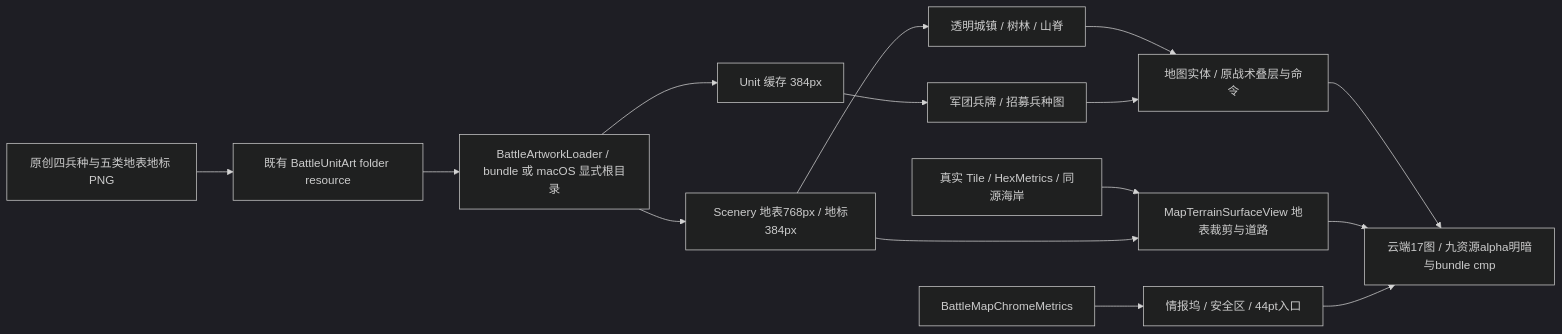
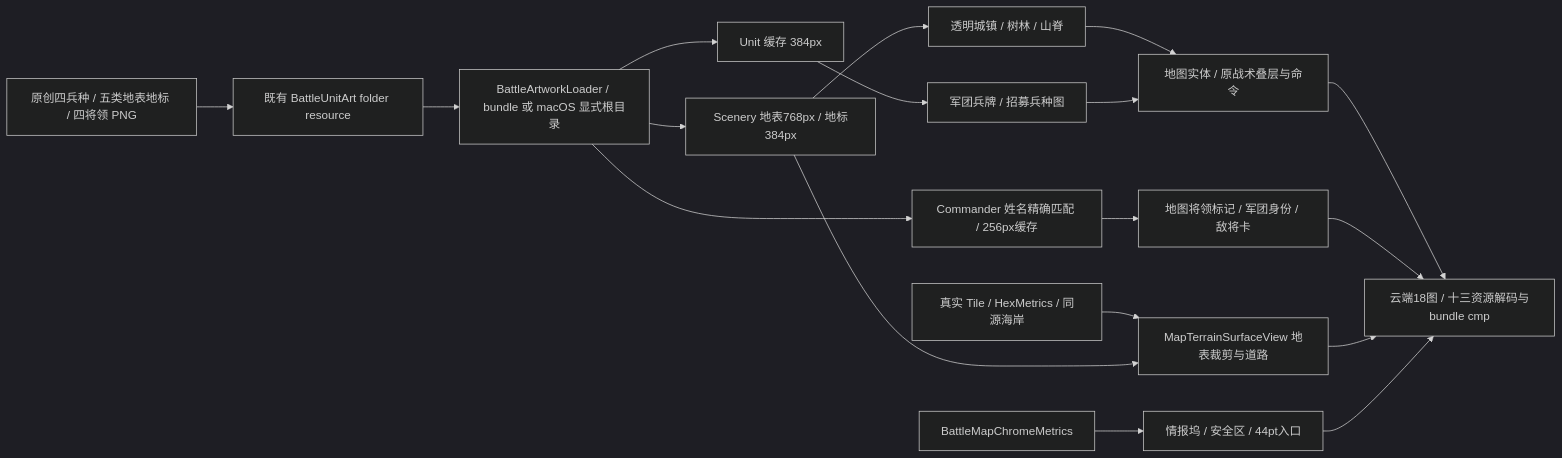
Before and after one commit to Altman-sam114/119: the first of 25 diagrams in md/flow/flowchart.md, drawn with Mermaid (dark theme). The commit also changed other lines of this file and 19 other files, not shown here.

````diff
--- a/md/flow/flowchart.md
+++ b/md/flow/flowchart.md
@@ -5,17 +5,20 @@
 ```mermaid
 flowchart LR
-    P[原创四兵种与五类地表地标 PNG] --> R[既有 BattleUnitArt folder resource]
+    P[原创四兵种 / 五类地表地标 / 四将领 PNG] --> R[既有 BattleUnitArt folder resource]
     R --> L[BattleArtworkLoader / bundle 或 macOS 显式根目录]
     L --> U[Unit 缓存 384px]
     L --> S[Scenery 地表768px / 地标384px]
+    L --> G[Commander 姓名精确匹配 / 256px缓存]
+    G --> I[地图将领标记 / 军团身份 / 敌将卡]
     T[真实 Tile / HexMetrics / 同源海岸] --> M[MapTerrainSurfaceView 地表裁剪与道路]
     S --> M
     S --> E[透明城镇 / 树林 / 山脊]
     U --> A[军团兵牌 / 招募兵种图]
     E --> V[地图实体 / 原战术叠层与命令]
     A --> V
     C[BattleMapChromeMetrics] --> H[情报坞 / 安全区 / 44pt入口]
-    V --> Q[云端17图 / 九资源alpha明暗与bundle cmp]
+    V --> Q[云端18图 / 十三资源解码与bundle cmp]
+    I --> Q
     M --> Q
     H --> Q
 ```
````
